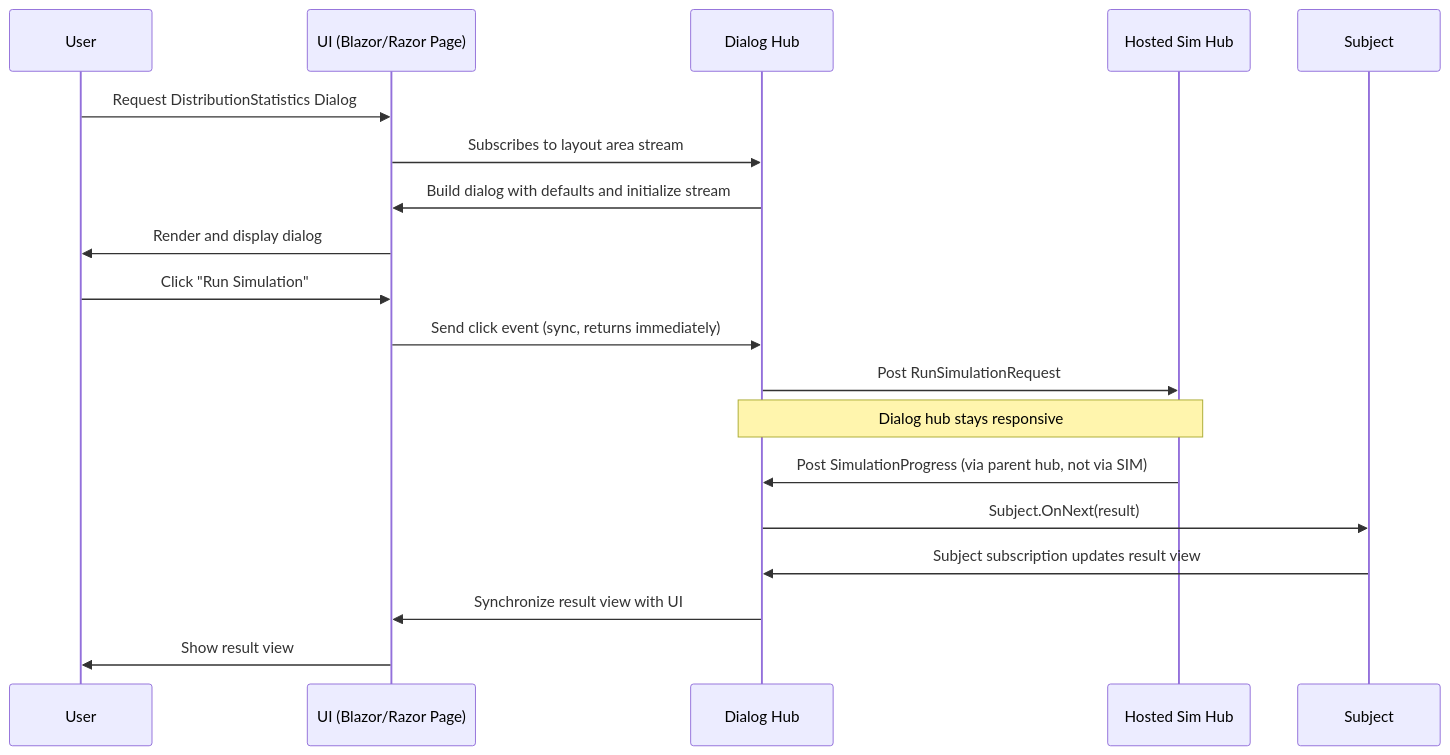
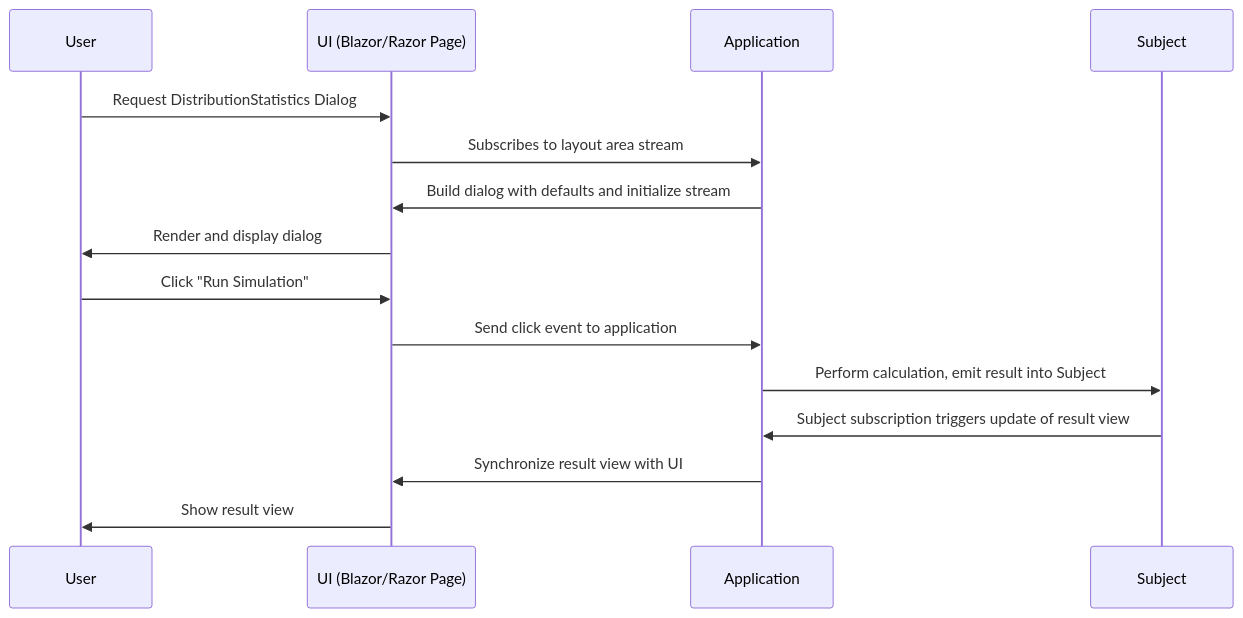
The diagram in src/MeshWeaver.Documentation/Data/GUI/ReactiveDialogs.md (Systemorph/MeshWeaver), drawn with Mermaid before and after one commit. The commit also changed other lines of this file and 27 other files, not shown here.

````diff
--- a/src/MeshWeaver.Documentation/Data/GUI/ReactiveDialogs.md
+++ b/src/MeshWeaver.Documentation/Data/GUI/ReactiveDialogs.md
@@ -187,22 +154,18 @@
 ```mermaid
 sequenceDiagram
     participant U as User
     participant UI as UI (Blazor/Razor Page)
-    participant APP as Dialog Hub
-    participant SIM as Hosted Sim Hub
+    participant APP as Application
     participant S as Subject
 
     U->>UI: Request DistributionStatistics Dialog
     UI->>APP: Subscribes to layout area stream
     APP->>UI: Build dialog with defaults and initialize stream
     UI->>U: Render and display dialog
     U->>UI: Click "Run Simulation"
-    UI->>APP: Send click event (sync, returns immediately)
-    APP->>SIM: Post RunSimulationRequest
-    Note over APP,SIM: Dialog hub stays responsive
-    SIM->>APP: Post SimulationProgress (via parent hub, not via SIM)
-    APP->>S: Subject.OnNext(result)
-    S->>APP: Subject subscription updates result view
+    UI->>APP: Send click event to application
+    APP->>S: Perform calculation, emit result into Subject
+    S->>APP: Subject subscription triggers update of result view
     APP->>UI: Synchronize result view with UI
     UI->>U: Show result view
 ```
````
